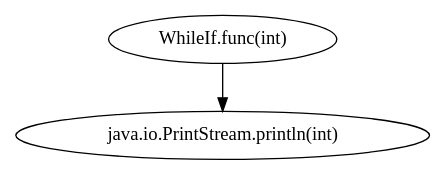
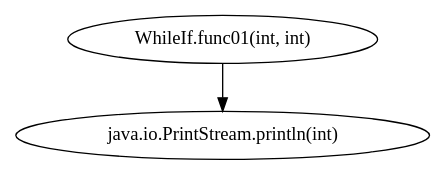
Before and after one commit to Surprise-Jing/Java-oriented-analysis-and-understanding-tools: the diagram in staticSlicer/data/testcases/output/specific/specific/cg.dot, drawn with Graphviz. The commit also changed 33 other files, not shown here.

```diff
--- a/staticSlicer/data/testcases/output/specific/specific/cg.dot
+++ b/staticSlicer/data/testcases/output/specific/specific/cg.dot
@@ -1,5 +1,5 @@
 digraph G {
-  1 [ label="WhileIf.func(int)" ];
+  1 [ label="WhileIf.func01(int, int)" ];
   2 [ label="java.io.PrintStream.println(int)" ];
   1 -> 2;
 }
```
